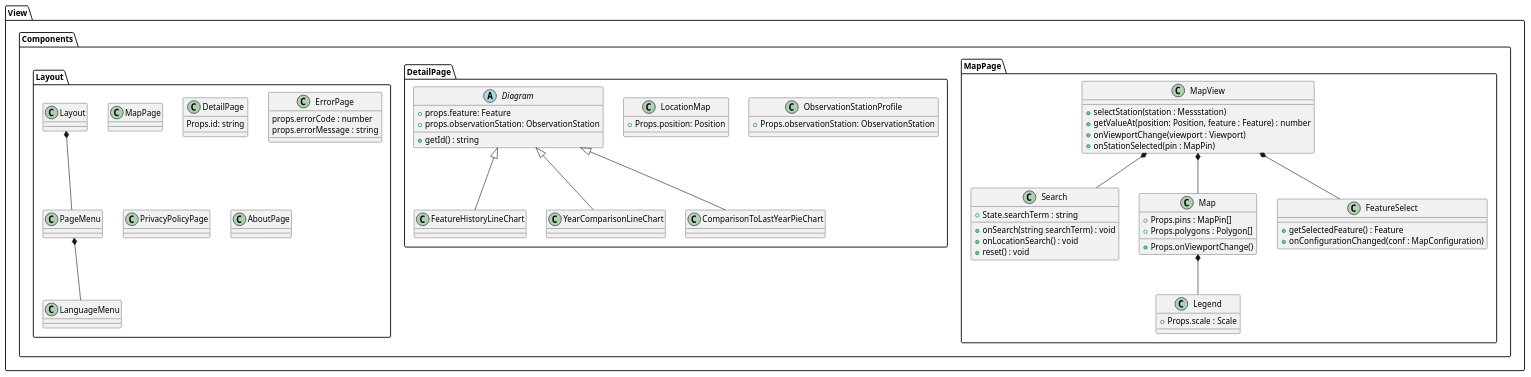
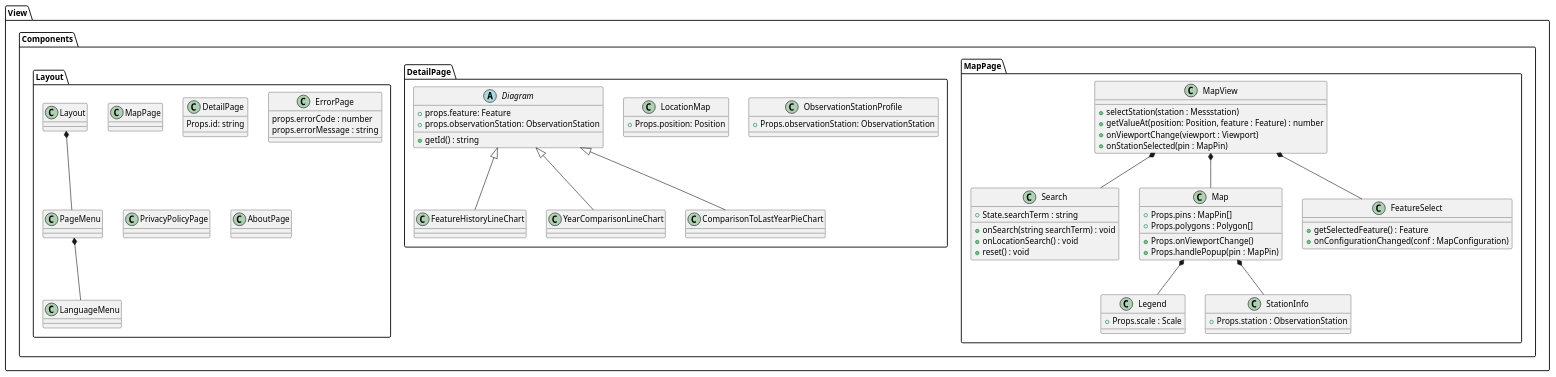
The diagram in Entwurf/PlantUML/ClassDiagrams/MVC/View.puml (JonaEnz/pse-airquality-1), drawn with PlantUML before and after one commit. The commit also changed 10 other files, not shown here.

Commit message:
Update PDF diagrams

```diff
--- a/Entwurf/PlantUML/ClassDiagrams/MVC/View.puml
+++ b/Entwurf/PlantUML/ClassDiagrams/MVC/View.puml
@@ -1,81 +1,88 @@
 @startuml View
 
 namespace View {
     namespace Components {
         namespace MapPage {
 
             'View.Components.Layout.MapPage *-- View.Components.MapPage.MapView
             
             MapView *-- Search
             
             MapView *-- Map
             MapView *-- FeatureSelect
 
             Map *-- Legend
 
             class FeatureSelect {
                 + getSelectedFeature() : Feature
                 + onConfigurationChanged(conf : MapConfiguration)
             }
             class Search {
                 + State.searchTerm : string
                 + onSearch(string searchTerm) : void
                 + onLocationSearch() : void
                 + reset() : void
             }
 
             class MapView {
                 + selectStation(station : Messstation)
                 + getValueAt(position: Position, feature : Feature) : number
                 + onViewportChange(viewport : Viewport)
                 + onStationSelected(pin : MapPin)
             }
             class Map {
                 + Props.pins : MapPin[]
                 + Props.polygons : Polygon[]
                 + Props.onViewportChange()
+                + Props.handlePopup(pin : MapPin)
             }
             class Legend {
                 + Props.scale : Scale
+            }
+
+            Map *-- StationInfo
+
+            class StationInfo {
+                + Props.station : ObservationStation
             }
         }
         namespace DetailPage {
             class ObservationStationProfile {
                 + Props.observationStation: ObservationStation
             }
             class LocationMap {
                 + Props.position: Position
             }
             abstract Diagram {
                 + props.feature: Feature
                 + props.observationStation: ObservationStation
                 + getId() : string
             }
             class FeatureHistoryLineChart extends Diagram
             class YearComparisonLineChart extends Diagram
             class ComparisonToLastYearPieChart extends Diagram
         }
 
 
         namespace Layout {
             Layout *-- PageMenu
             PageMenu *-- LanguageMenu
 
             class MapPage
             class DetailPage {
                 Props.id: string
             }
             class ErrorPage {
                 props.errorCode : number
                 props.errorMessage : string
             }
             class PrivacyPolicyPage
             class AboutPage
             class PageMenu
             class LanguageMenu
             class Layout
         }
     }
 }
 
 @enduml
```
